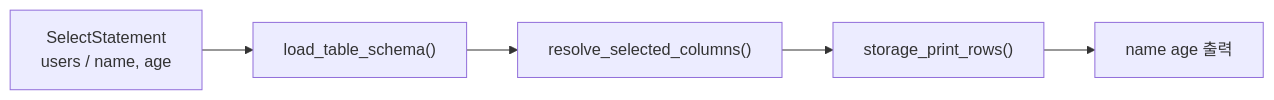
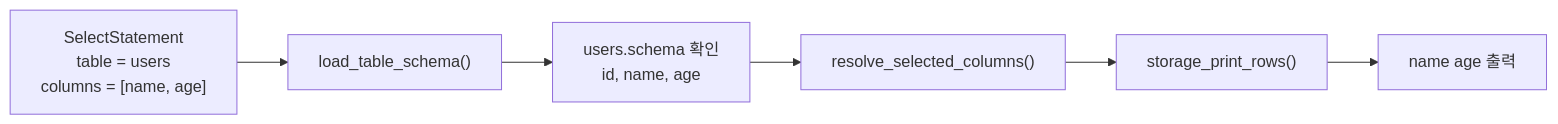
Before and after one commit to Jungle-12-303/week6-team5-sql: the fifth of 13 diagrams in README.md, drawn with Mermaid. The commit also changed other lines of this file and 1 other file, not shown here.

````diff
--- a/README.md
+++ b/README.md
@@ -66,7 +67,8 @@
 ```mermaid
 flowchart LR
-    A["SelectStatement<br/>users / name, age"] --> B["load_table_schema()"]
-    B --> C["resolve_selected_columns()"]
-    C --> D["storage_print_rows()"]
-    D --> E["name age 출력"]
+    A["SelectStatement<br/>table = users<br/>columns = [name, age]"] --> B["load_table_schema()"]
+    B --> C["users.schema 확인<br/>id, name, age"]
+    C --> D["resolve_selected_columns()"]
+    D --> E["storage_print_rows()"]
+    E --> F["name age 출력"]
 ```
````
